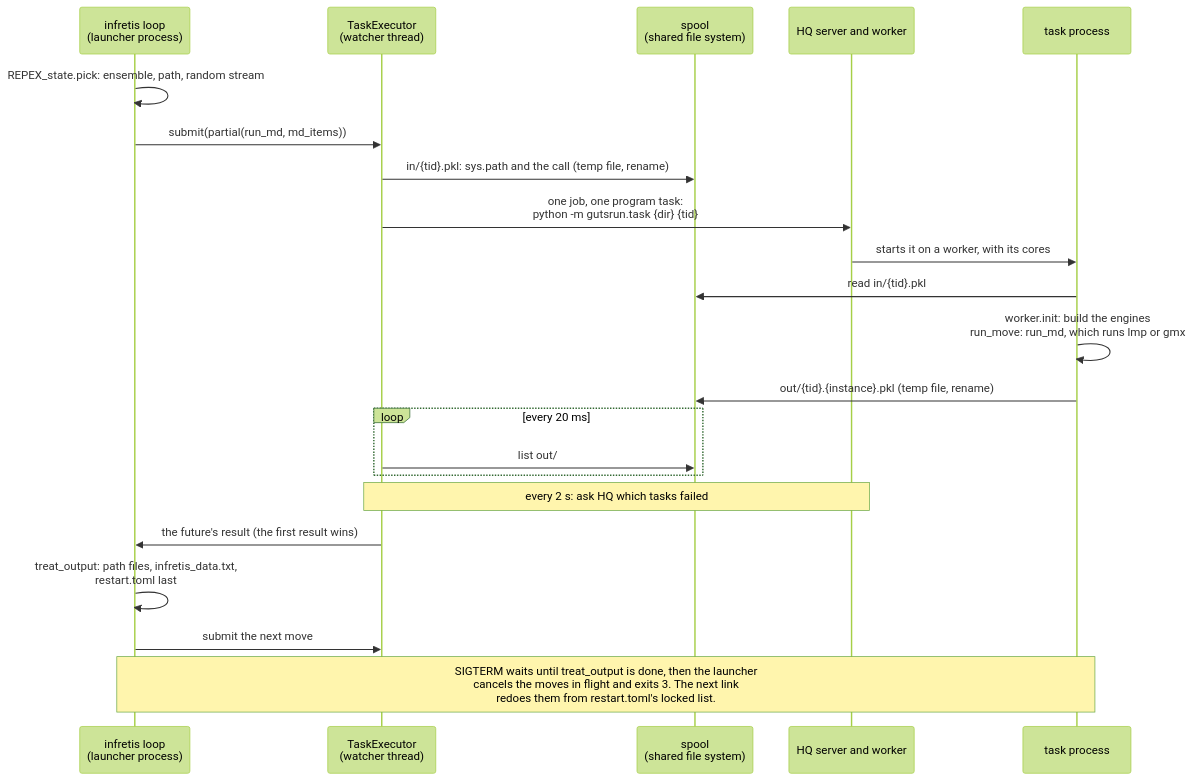
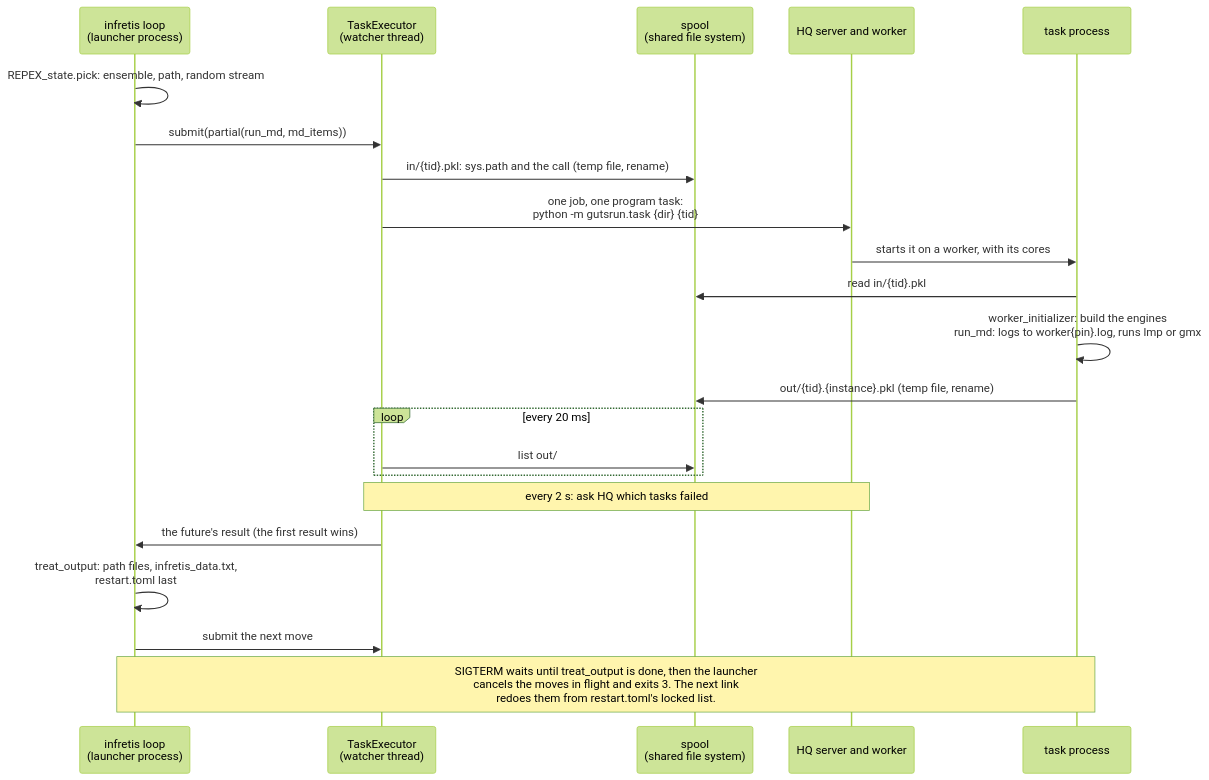
Before and after one commit to GUTSframework/infretis_hyperqueue: the third of 3 diagrams in DEVELOPMENT.md, drawn with Mermaid (forest theme). The commit also changed other lines of this file and 7 other files, not shown here.

````diff
--- a/DEVELOPMENT.md
+++ b/DEVELOPMENT.md
@@ -128,25 +127,25 @@
 ```mermaid
 sequenceDiagram
     participant R as infretis loop<br/>(launcher process)
     participant X as TaskExecutor<br/>(watcher thread)
     participant S as spool<br/>(shared file system)
     participant H as HQ server and worker
     participant T as task process
 
     R->>R: REPEX_state.pick: ensemble, path, random stream
     R->>X: submit(partial(run_md, md_items))
     X->>S: in/{tid}.pkl: sys.path and the call (temp file, rename)
     X->>H: one job, one program task:<br/>python -m gutsrun.task {dir} {tid}
     H->>T: starts it on a worker, with its cores
     T->>S: read in/{tid}.pkl
-    T->>T: worker.init: build the engines<br/>run_move: run_md, which runs lmp or gmx
+    T->>T: worker_initializer: build the engines<br/>run_md: logs to worker{pin}.log, runs lmp or gmx
     T->>S: out/{tid}.{instance}.pkl (temp file, rename)
     loop every 20 ms
         X->>S: list out/
     end
     Note over X,H: every 2 s: ask HQ which tasks failed
     X->>R: the future's result (the first result wins)
     R->>R: treat_output: path files, infretis_data.txt,<br/>restart.toml last
     R->>X: submit the next move
     Note over R,T: SIGTERM waits until treat_output is done, then the launcher<br/>cancels the moves in flight and exits 3. The next link<br/>redoes them from restart.toml's locked list.
 ```
````
